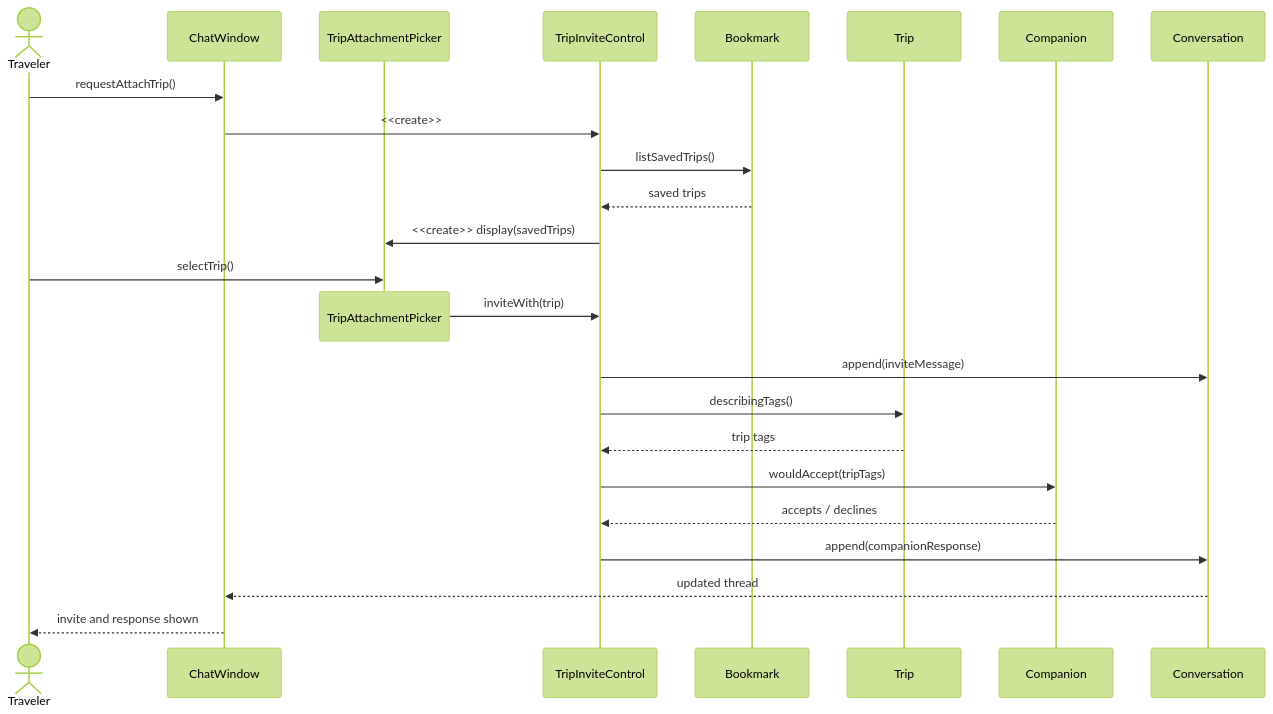
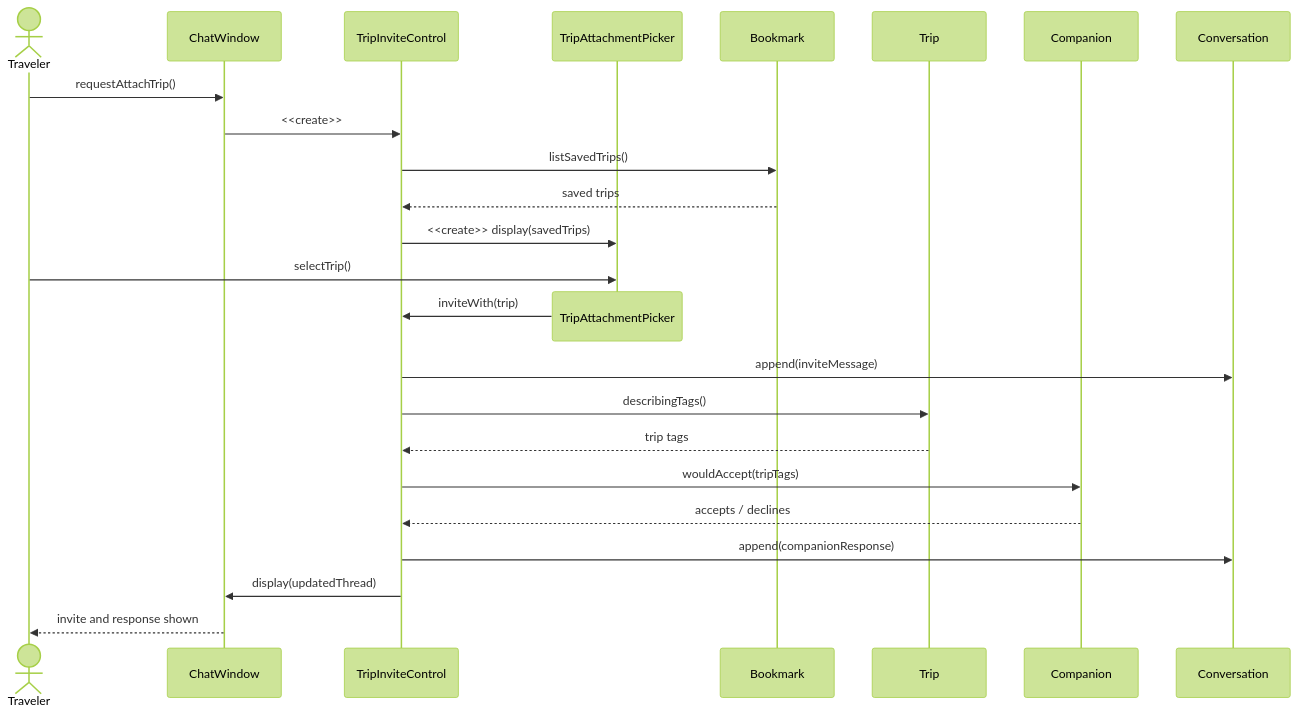
Before and after one commit to Simo-2004/TravelMate-docs: the sixth of 8 diagrams in docs/rad/proposed-system/system-models/dynamic-model.md, drawn with Mermaid (forest theme). The commit also changed other lines of this file and 6 other files, not shown here.

````diff
--- a/docs/rad/proposed-system/system-models/dynamic-model.md
+++ b/docs/rad/proposed-system/system-models/dynamic-model.md
@@ -152,28 +157,28 @@
 ```mermaid
 sequenceDiagram
     actor T as Traveler
     participant CW as ChatWindow
+    participant IC as TripInviteControl
     participant AP as TripAttachmentPicker
-    participant IC as TripInviteControl
     participant B as Bookmark
     participant TR as Trip
     participant CO as Companion
     participant CV as Conversation
 
     T->>CW: requestAttachTrip()
     CW->>IC: <<create>>
     IC->>B: listSavedTrips()
     B-->>IC: saved trips
     IC->>AP: <<create>> display(savedTrips)
     T->>AP: selectTrip()
     destroy AP
     AP->>IC: inviteWith(trip)
     IC->>CV: append(inviteMessage)
     IC->>TR: describingTags()
     TR-->>IC: trip tags
     IC->>CO: wouldAccept(tripTags)
     CO-->>IC: accepts / declines
     IC->>CV: append(companionResponse)
-    CV-->>CW: updated thread
+    IC->>CW: display(updatedThread)
     CW-->>T: invite and response shown
 ```
````
